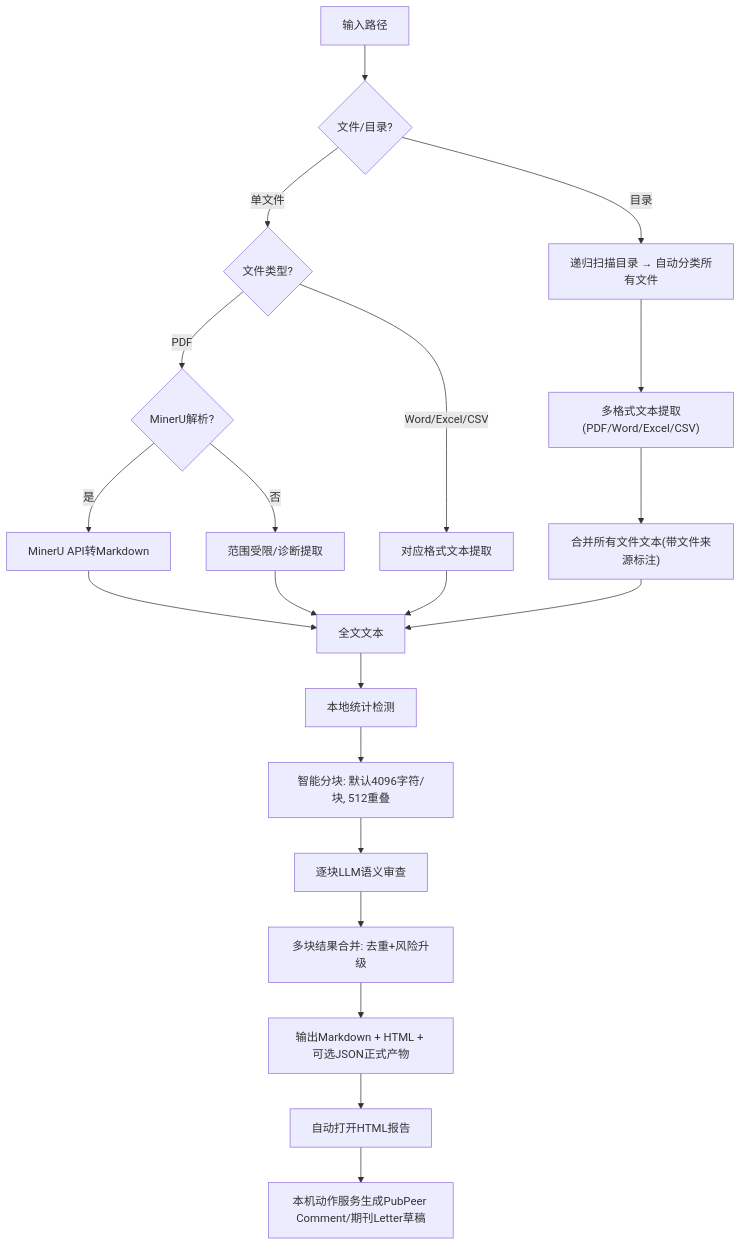
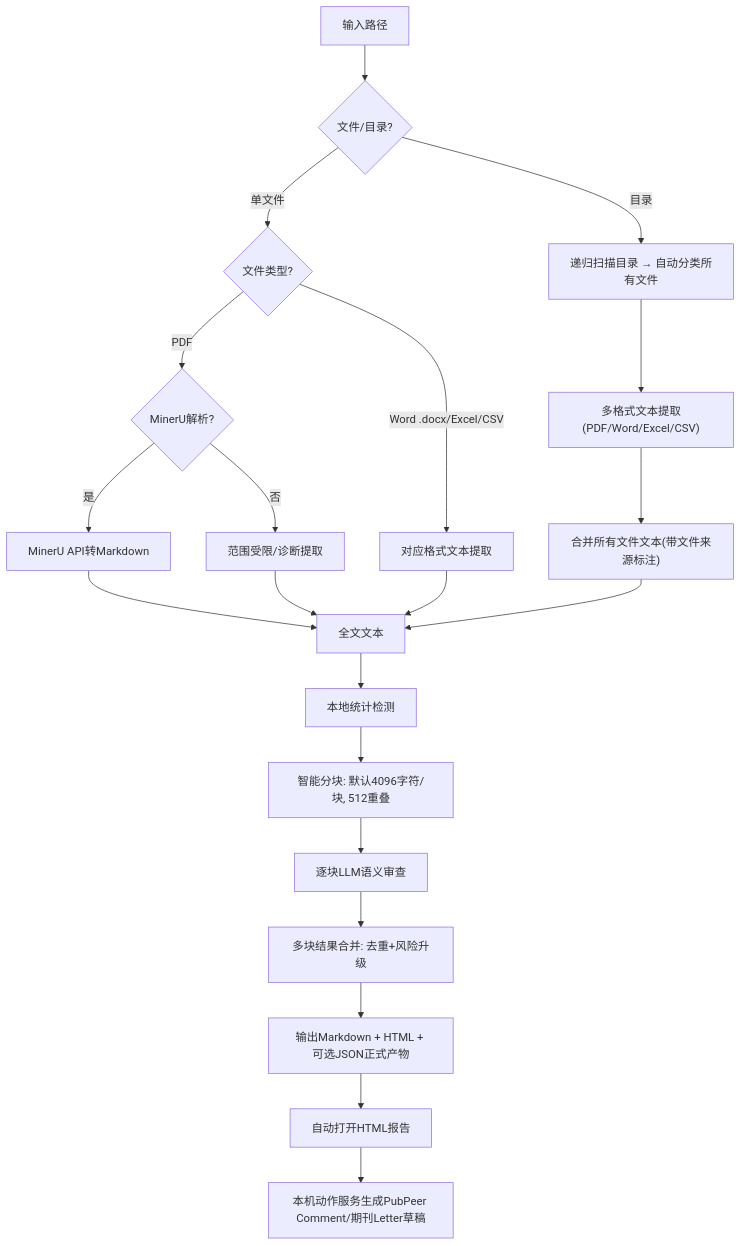
The diagram in README.md (BevalZ/Veritas-), drawn with Mermaid before and after one commit. The commit also changed other lines of this file and 3 other files, not shown here.

````diff
--- a/README.md
+++ b/README.md
@@ -276,23 +280,23 @@
 ```mermaid
 graph TD
     A["输入路径"] --> B{"文件/目录?"}
     B -->|目录| C["递归扫描目录 → 自动分类所有文件"]
     C --> D["多格式文本提取(PDF/Word/Excel/CSV)"]
     D --> E["合并所有文件文本(带文件来源标注)"]
     B -->|单文件| F{"文件类型?"}
     F -->|PDF| G{"MinerU解析?"}
     G -->|是| H["MinerU API转Markdown"]
     G -->|否| I["范围受限/诊断提取"]
-    F -->|Word/Excel/CSV| J["对应格式文本提取"]
+    F -->|Word .docx/Excel/CSV| J["对应格式文本提取"]
     H --> K["全文文本"]
     I --> K
     J --> K
     E --> K
     K --> L["本地统计检测"]
     L --> M["智能分块: 默认4096字符/块, 512重叠"]
     M --> N["逐块LLM语义审查"]
     N --> O["多块结果合并: 去重+风险升级"]
     O --> P["输出Markdown + HTML + 可选JSON正式产物"]
     P --> Q["自动打开HTML报告"]
     Q --> R["本机动作服务生成PubPeer Comment/期刊Letter草稿"]
 ```
````
